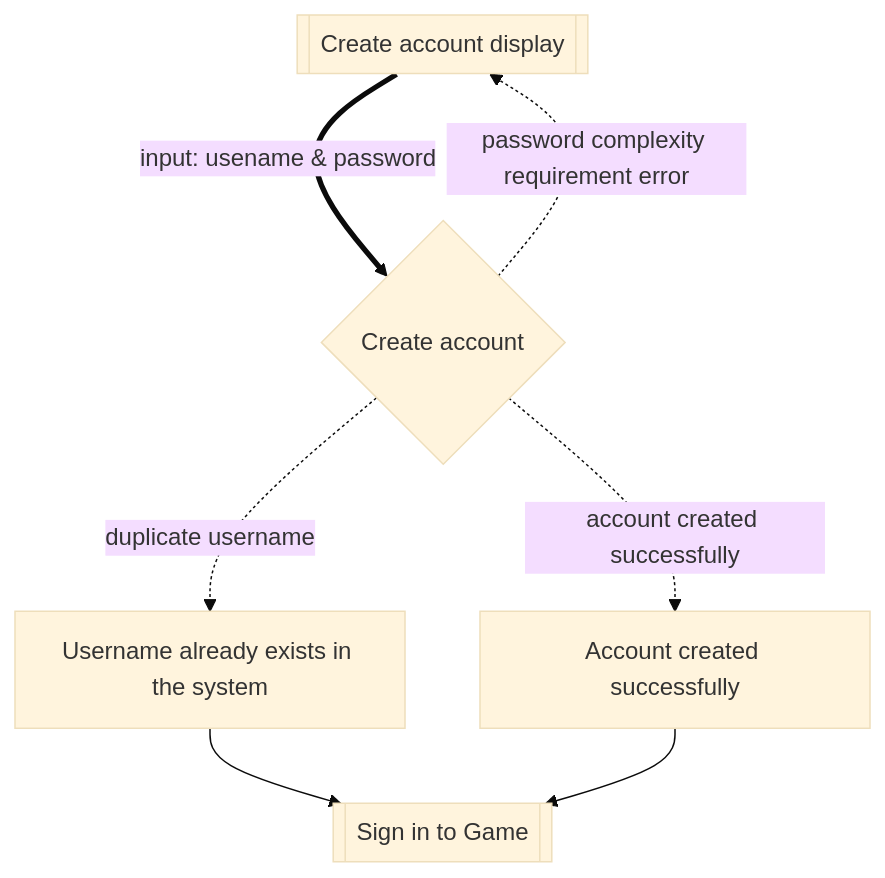
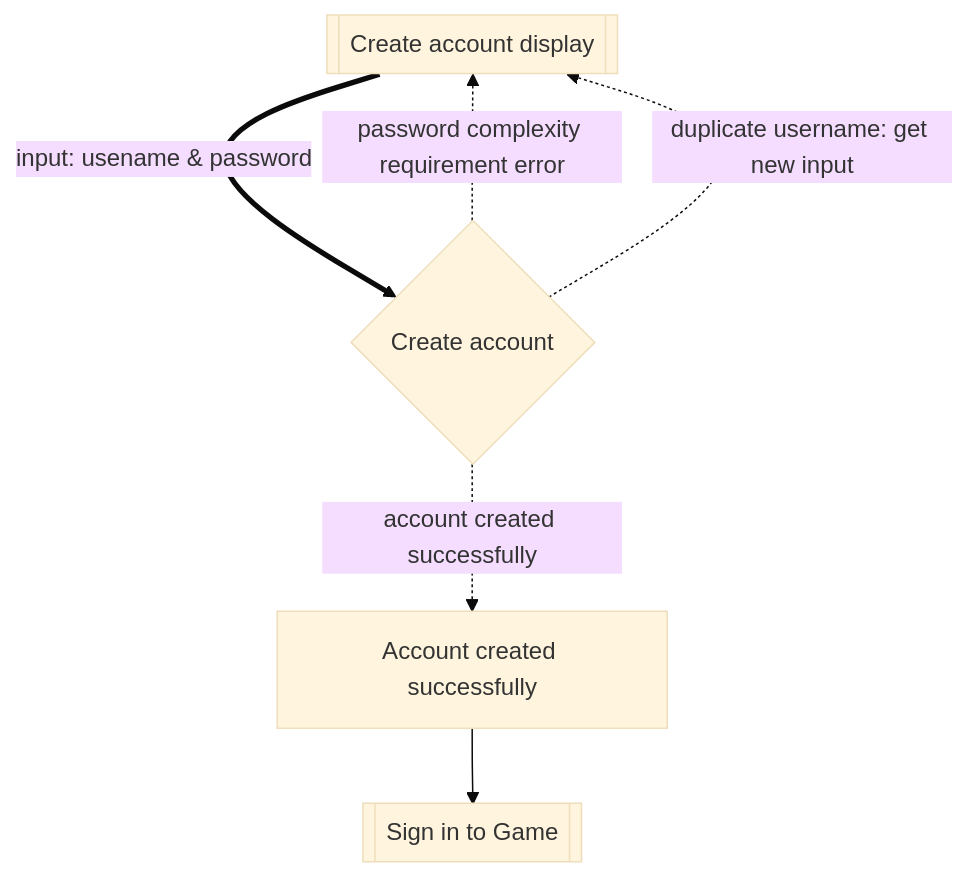
Before and after one commit to kaesotiric/money_clicker_game: the third of 5 diagrams in flows.md, drawn with Mermaid (base theme). The commit also changed other lines of this file and 8 other files, not shown here.

````diff
--- a/flows.md
+++ b/flows.md
@@ -38,14 +38,14 @@
 ```mermaid
 flowchart TD
     displayLogin[[Create account display]]
     processLogIn{Create account}
-    displayAccExists[Username already exists in the system]
+%%    displayAccExists[Username already exists in the system]
     accCreatedSuccess[Account created successfully]
     displayLogin == input: usename & password ==> processLogIn
     processLogIn -.password complexity requirement error.->displayLogin
-    processLogIn -.duplicate username.->displayAccExists
-    displayAccExists --> continueGame
+    processLogIn -.duplicate username: get new input.->displayLogin
+%%    displayAccExists --> continueGame
     processLogIn -.account created successfully.->accCreatedSuccess
     accCreatedSuccess --> continueGame
     continueGame[[Sign in to Game]]
 ```
````
